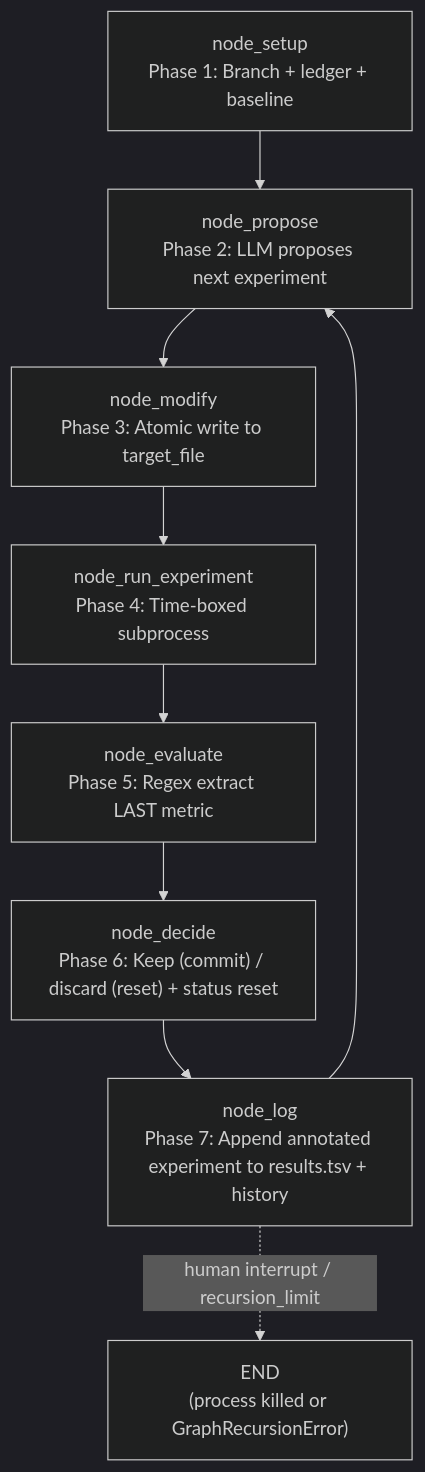
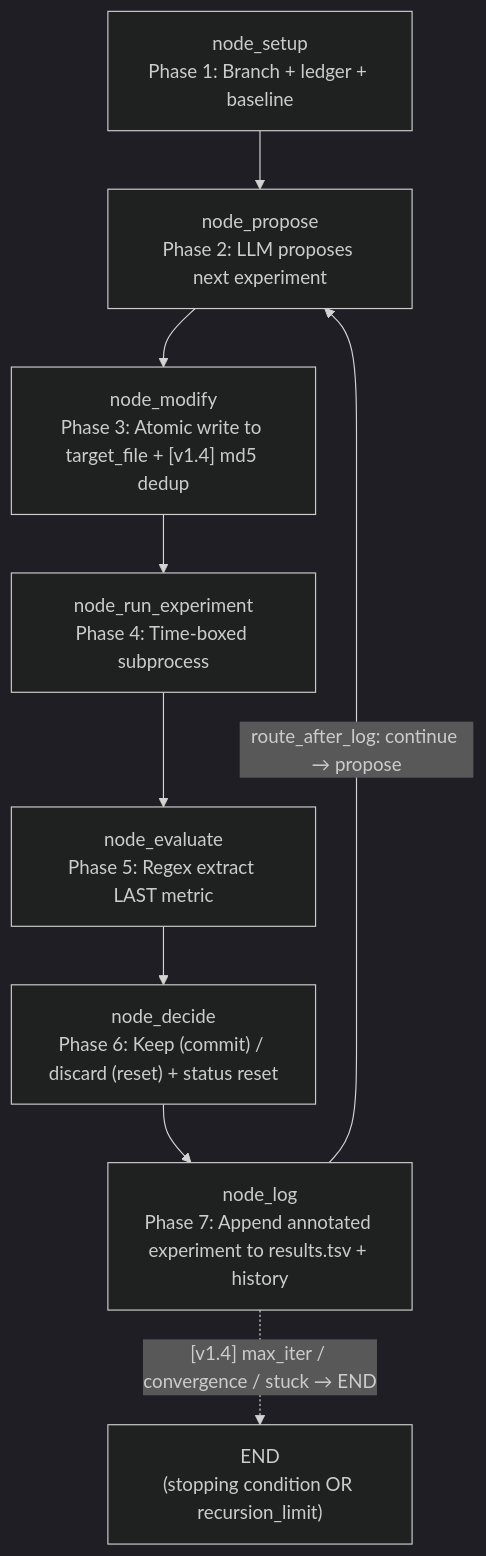
One commit to brunogcar/agent changed the diagram in docs/workflows/autoresearch/ARCHITECTURE.md. Above: the diagram before and after it, drawn with Mermaid (dark theme). The commit also changed other lines of this file and 15 other files, not shown here.

First line of the commit message:
﻿feat(autoresearch): v1.4 — loop control (max_iterations + convergence + stuck detector + dedup)

````diff
--- a/docs/workflows/autoresearch/ARCHITECTURE.md
+++ b/docs/workflows/autoresearch/ARCHITECTURE.md
@@ -55,11 +56,11 @@
 ```mermaid
 graph TD
     A["node_setup<br/>Phase 1: Branch + ledger + baseline"] --> B["node_propose<br/>Phase 2: LLM proposes next experiment"]
-    B --> C["node_modify<br/>Phase 3: Atomic write to target_file"]
+    B --> C["node_modify<br/>Phase 3: Atomic write to target_file + [v1.4] md5 dedup"]
     C --> D["node_run_experiment<br/>Phase 4: Time-boxed subprocess"]
     D --> E["node_evaluate<br/>Phase 5: Regex extract LAST metric"]
     E --> F["node_decide<br/>Phase 6: Keep (commit) / discard (reset) + status reset"]
     F --> G["node_log<br/>Phase 7: Append annotated experiment to results.tsv + history"]
-    G --> B
-    G -.->|human interrupt / recursion_limit| S["END<br/>(process killed or GraphRecursionError)"]
+    G -->|"route_after_log: continue → propose"| B
+    G -.->|"[v1.4] max_iter / convergence / stuck → END"| S["END<br/>(stopping condition OR recursion_limit)"]
 ```
````
